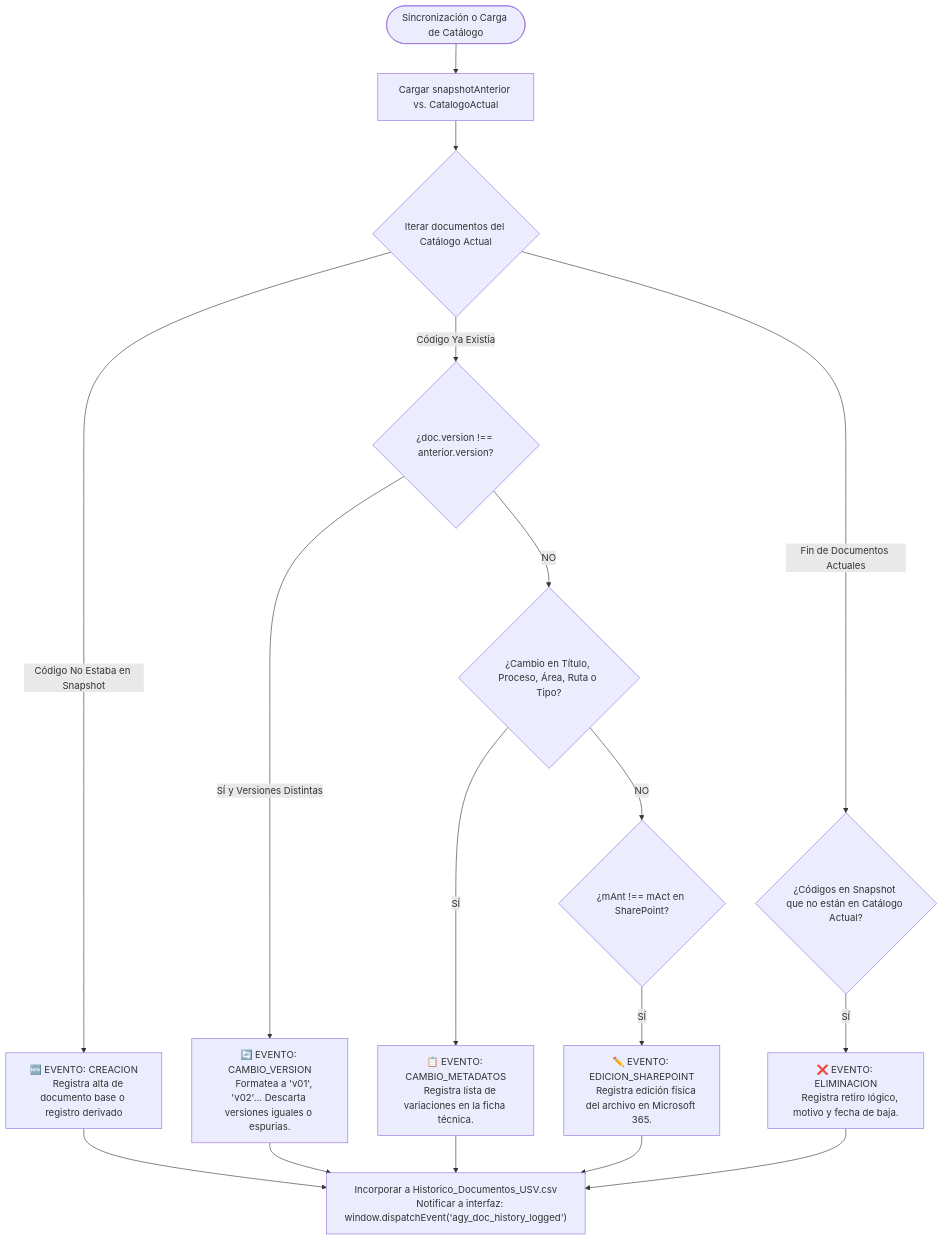
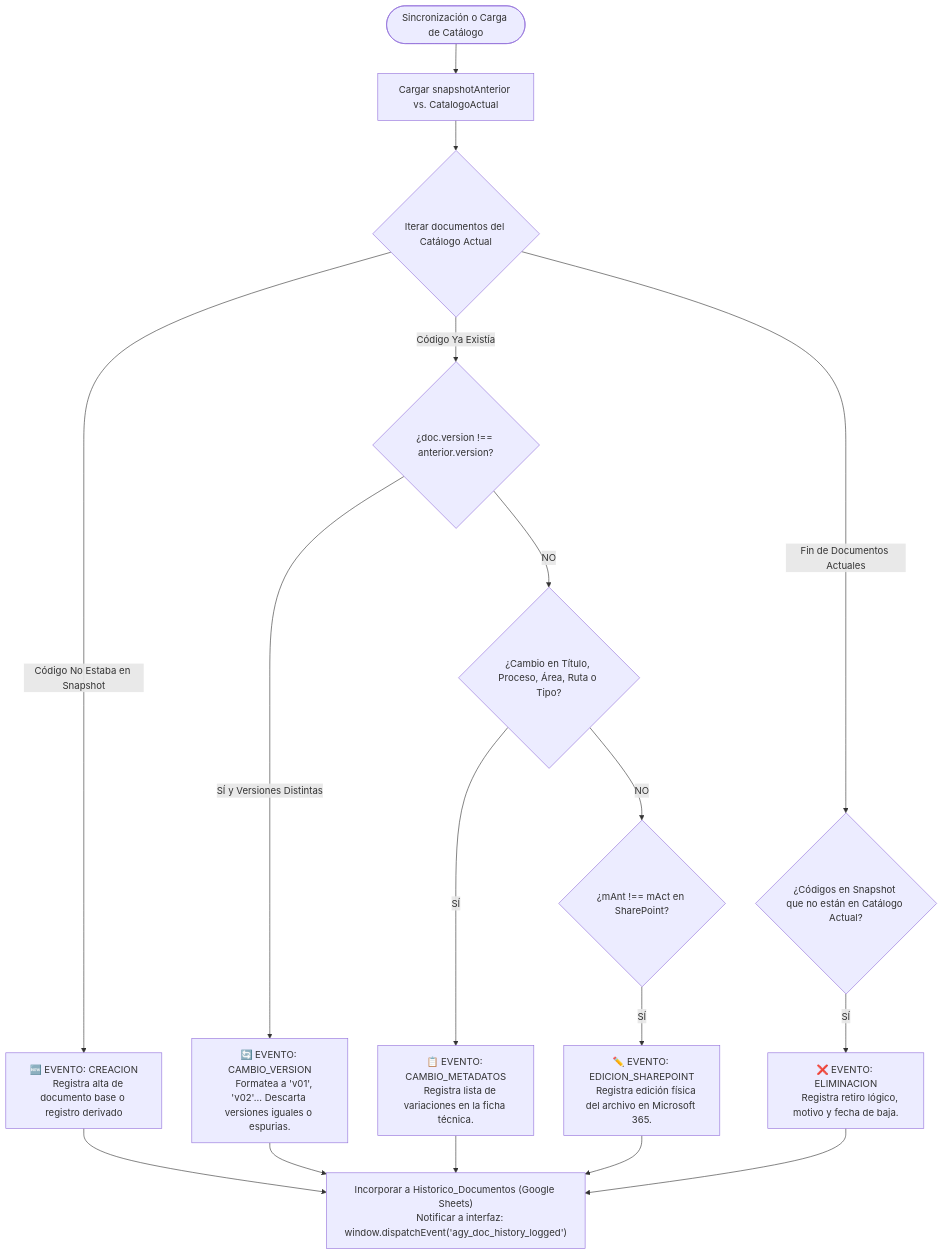
Diagram 14 of 14 in reglas_de_negocio.md (unionsaludvida2/gestiondocumental), drawn with Mermaid before and after one commit. The commit also changed other lines of this file and 12 other files, not shown here.

````diff
--- a/reglas_de_negocio.md
+++ b/reglas_de_negocio.md
@@ -1149,36 +847,36 @@
 ```mermaid
 flowchart TD
     SYNC_TRIGGER(["Sincronización o Carga de Catálogo"]) --> LOAD_SNAPSHOT["Cargar snapshotAnterior vs. CatalogoActual"]
     
     LOAD_SNAPSHOT --> LOOP_DOCS{"Iterar documentos del Catálogo Actual"}
     
     LOOP_DOCS -- Código No Estaba en Snapshot --> EVT_CREA["🆕 EVENTO: CREACION
     Registra alta de documento base o registro derivado"]
     
     LOOP_DOCS -- Código Ya Existía --> CHECK_VER{"¿doc.version !== anterior.version?"}
     
     CHECK_VER -- SÍ y Versiones Distintas --> EVT_VER["🔄 EVENTO: CAMBIO_VERSION
     Formatea a 'v01', 'v02'... Descarta versiones iguales o espurias."]
     
     CHECK_VER -- NO --> CHECK_META{"¿Cambio en Título, Proceso, Área, Ruta o Tipo?"}
     
     CHECK_META -- SÍ --> EVT_META["📋 EVENTO: CAMBIO_METADATOS
     Registra lista de variaciones en la ficha técnica."]
     
     CHECK_META -- NO --> CHECK_SP{"¿mAnt !== mAct en SharePoint?"}
     
     CHECK_SP -- SÍ --> EVT_SP["✏️ EVENTO: EDICION_SHAREPOINT
     Registra edición física del archivo en Microsoft 365."]
     
     LOOP_DOCS -- Fin de Documentos Actuales --> CHECK_DELETED{"¿Códigos en Snapshot que no están en Catálogo Actual?"}
     
     CHECK_DELETED -- SÍ --> EVT_ELIM["❌ EVENTO: ELIMINACION
     Registra retiro lógico, motivo y fecha de baja."]
     
-    EVT_CREA --> APPEND_HIST["Incorporar a Historico_Documentos_USV.csv
+    EVT_CREA --> APPEND_HIST["Incorporar a Historico_Documentos (Google Sheets)
     Notificar a interfaz: window.dispatchEvent('agy_doc_history_logged')"]
     EVT_VER --> APPEND_HIST
     EVT_META --> APPEND_HIST
     EVT_SP --> APPEND_HIST
     EVT_ELIM --> APPEND_HIST
 ```
````
